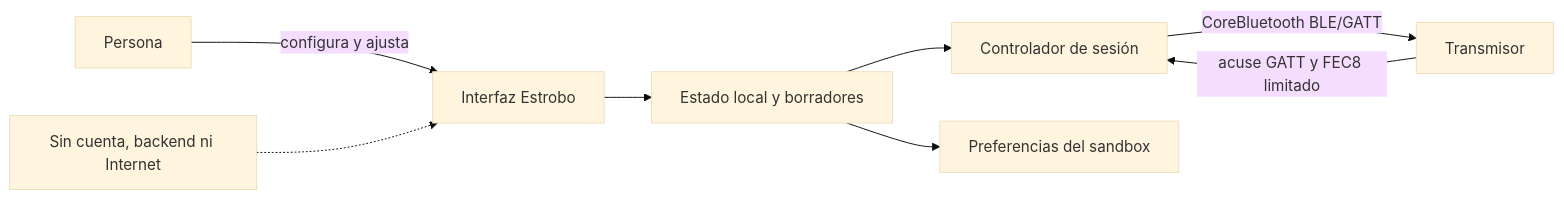
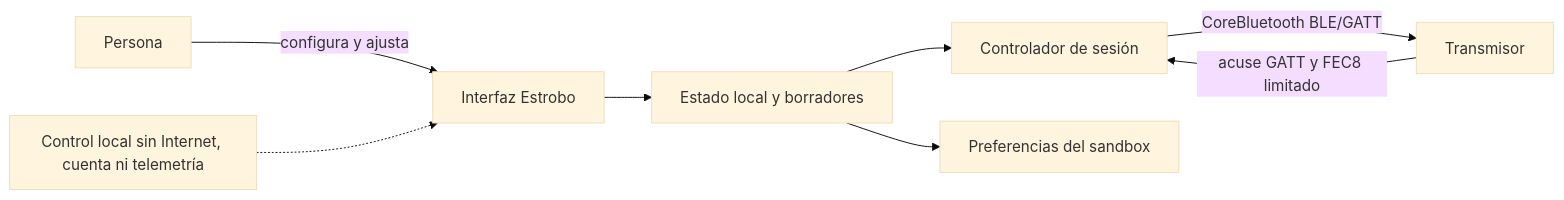
Before and after one commit to loomitz/estrobo: the diagram in docs/HOW-IT-WORKS.md, drawn with Mermaid (base theme). The commit also changed other lines of this file and 49 other files, not shown here.

````diff
--- a/docs/HOW-IT-WORKS.md
+++ b/docs/HOW-IT-WORKS.md
@@ -7,10 +9,10 @@
 ```mermaid
 flowchart LR
     P["Persona"] -->|"configura y ajusta"| UI["Interfaz Estrobo"]
     UI --> L["Estado local y borradores"]
     L --> C["Controlador de sesión"]
     C -->|"CoreBluetooth BLE/GATT"| R["Transmisor"]
     R -->|"acuse GATT y FEC8 limitado"| C
     L --> S["Preferencias del sandbox"]
-    X["Sin cuenta, backend ni Internet"] -.-> UI
+    X["Control local sin Internet, cuenta ni telemetría"] -.-> UI
 ```
````
